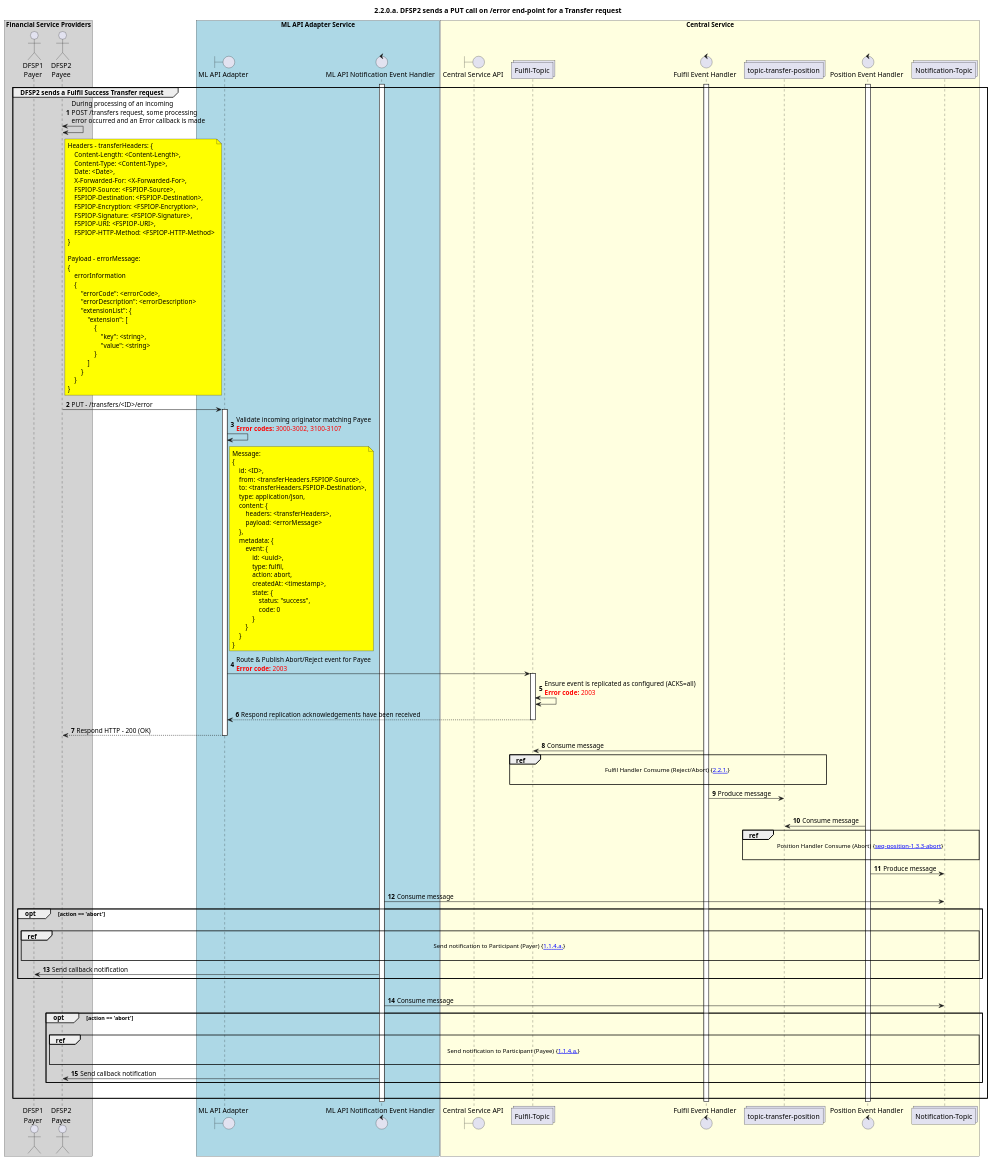
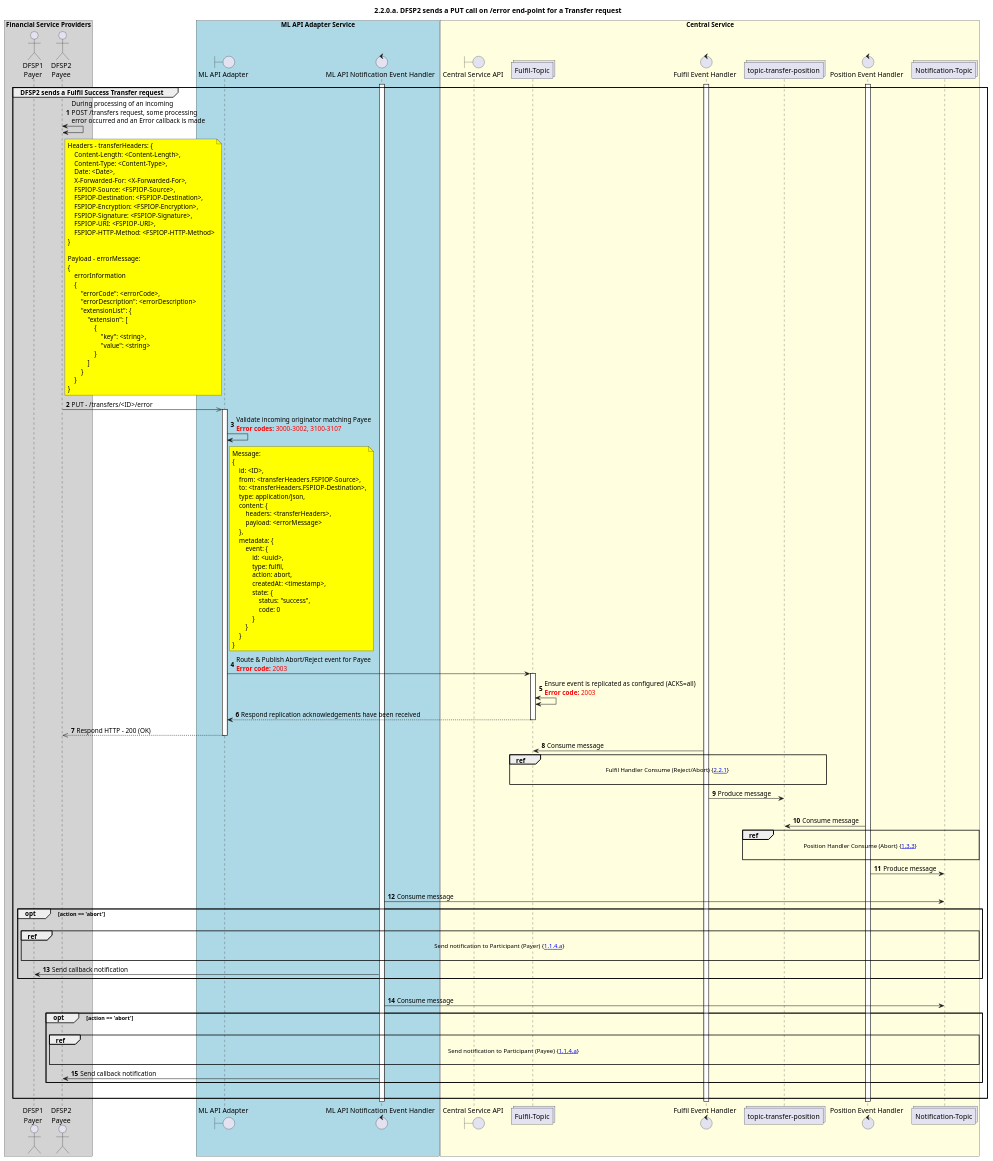
The diagram in Diagrams/SequenceDiagrams/seq-reject-2.2.0.a.plantuml (ggrg/docs), drawn with PlantUML before and after one commit. The commit also changed 43 other files, not shown here.

```diff
--- a/Diagrams/SequenceDiagrams/seq-reject-2.2.0.a.plantuml
+++ b/Diagrams/SequenceDiagrams/seq-reject-2.2.0.a.plantuml
@@ -25,142 +25,142 @@
 @startuml
 ' declate title
 title 2.2.0.a. DFSP2 sends a PUT call on /error end-point for a Transfer request
 
 autonumber
 ' Actor Keys:
 '   boundary - APIs/Interfaces, etc
 '   collections - Kafka Topics
 '   control - Kafka Consumers
 '   entity - Database Access Objects
 '   database - Database Persistance Store
 
 ' declare actors
 actor "DFSP1\nPayer" as DFSP1
 actor "DFSP2\nPayee" as DFSP2
 boundary "ML API Adapter" as MLAPI
 control "ML API Notification Event Handler" as NOTIFY_HANDLER
 boundary "Central Service API" as CSAPI
 collections "Fulfil-Topic" as TOPIC_FULFIL
 control "Fulfil Event Handler" as FULF_HANDLER
 collections "topic-transfer-position" as TOPIC_TRANSFER_POSITION
 control "Position Event Handler" as POS_HANDLER
 collections "Notification-Topic" as TOPIC_NOTIFICATIONS
 
 box "Financial Service Providers" #lightGray
 	participant DFSP1
 	participant DFSP2
 end box
 
 box "ML API Adapter Service" #LightBlue
 	participant MLAPI
 	participant NOTIFY_HANDLER
 end box
 
 box "Central Service" #LightYellow
     participant CSAPI
 	participant TOPIC_FULFIL
     participant FULF_HANDLER
     participant TOPIC_TRANSFER_POSITION
     participant POS_HANDLER
     participant TOPIC_NOTIFICATIONS
 end box
 
 ' start flow
 activate NOTIFY_HANDLER
 activate FULF_HANDLER
 activate POS_HANDLER
 group DFSP2 sends a Fulfil Success Transfer request
     DFSP2 <-> DFSP2: During processing of an incoming\nPOST /transfers request, some processing\nerror occurred and an Error callback is made
     note right of DFSP2 #yellow
         Headers - transferHeaders: {
             Content-Length: <Content-Length>,
             Content-Type: <Content-Type>,
             Date: <Date>,
             X-Forwarded-For: <X-Forwarded-For>,
             FSPIOP-Source: <FSPIOP-Source>,
             FSPIOP-Destination: <FSPIOP-Destination>,
             FSPIOP-Encryption: <FSPIOP-Encryption>,
             FSPIOP-Signature: <FSPIOP-Signature>,
             FSPIOP-URI: <FSPIOP-URI>,
             FSPIOP-HTTP-Method: <FSPIOP-HTTP-Method>
         }
 
         Payload - errorMessage:
         {
             errorInformation
             {
                 "errorCode": <errorCode>,
                 "errorDescription": <errorDescription>
                 "extensionList": {
                     "extension": [
                         {
                             "key": <string>,
                             "value": <string>
                         }
                     ]
                 }
             }
         }
     end note
-    DFSP2 -> MLAPI: PUT - /transfers/<ID>/error
+    DFSP2 ->> MLAPI: PUT - /transfers/<ID>/error
     activate MLAPI
     MLAPI -> MLAPI: Validate incoming originator matching Payee\n<color #FF0000><b>Error codes:</b> 3000-3002, 3100-3107</color>
     note right of MLAPI #yellow
         Message:
         {
             id: <ID>,
             from: <transferHeaders.FSPIOP-Source>,
             to: <transferHeaders.FSPIOP-Destination>,
             type: application/json,
             content: {
                 headers: <transferHeaders>,
                 payload: <errorMessage>
             },
             metadata: {
                 event: {
                     id: <uuid>,
                     type: fulfil,
                     action: abort,
                     createdAt: <timestamp>,
                     state: {
                         status: "success",
                         code: 0
                     }
                 }
             }
         }
     end note
     MLAPI -> TOPIC_FULFIL: Route & Publish Abort/Reject event for Payee\n<color #FF0000><b>Error code:</b> 2003</color>
     activate TOPIC_FULFIL
     TOPIC_FULFIL <-> TOPIC_FULFIL: Ensure event is replicated as configured (ACKS=all)\n<color #FF0000><b>Error code:</b> 2003</color>
     TOPIC_FULFIL --> MLAPI: Respond replication acknowledgements have been received
     deactivate TOPIC_FULFIL
-    MLAPI --> DFSP2: Respond HTTP - 200 (OK)
+    MLAPI -->> DFSP2: Respond HTTP - 200 (OK)
     deactivate MLAPI
     TOPIC_FULFIL <- FULF_HANDLER: Consume message
-    ref over TOPIC_FULFIL, TOPIC_TRANSFER_POSITION: Fulfil Handler Consume (Reject/Abort) {[[https://github.com/mojaloop/docs/blob/master/CentralServices/seq_diagrams/seq-reject-2.2.1.svg 2.2.1.]]} \n
+    ref over TOPIC_FULFIL, TOPIC_TRANSFER_POSITION: Fulfil Handler Consume (Reject/Abort) {[[https://github.com/mojaloop/docs/blob/master/Diagrams/SequenceDiagrams/seq-reject-2.2.1.svg 2.2.1]]} \n
     FULF_HANDLER -> TOPIC_TRANSFER_POSITION: Produce message
     |||
     TOPIC_TRANSFER_POSITION <- POS_HANDLER: Consume message
-    ref over TOPIC_TRANSFER_POSITION, TOPIC_NOTIFICATIONS:  Position Handler Consume (Abort) {[[https://github.com/mojaloop/docs/blob/master/CentralServices/seq_diagrams/seq-position-1.3.3-abort.svg seq-position-1.3.3-abort]]} \n
+    ref over TOPIC_TRANSFER_POSITION, TOPIC_NOTIFICATIONS:  Position Handler Consume (Abort) {[[https://github.com/mojaloop/docs/blob/master/Diagrams/SequenceDiagrams/seq-position-1.3.3-abort.svg 1.3.3]]} \n
     POS_HANDLER -> TOPIC_NOTIFICATIONS: Produce message
     |||
     TOPIC_NOTIFICATIONS <- NOTIFY_HANDLER: Consume message
     opt action == 'abort'
         |||
-        ref over DFSP1, TOPIC_NOTIFICATIONS: Send notification to Participant (Payer) {[[https://github.com/mojaloop/docs/blob/master/CentralServices/seq_diagrams/seq-prepare-1.1.4.a.svg 1.1.4.a.]]} \n
+        ref over DFSP1, TOPIC_NOTIFICATIONS: Send notification to Participant (Payer) {[[https://github.com/mojaloop/docs/blob/master/Diagrams/SequenceDiagrams/seq-prepare-1.1.4.a.svg 1.1.4.a]]} \n
         NOTIFY_HANDLER -> DFSP1: Send callback notification
     end
     |||
     TOPIC_NOTIFICATIONS <- NOTIFY_HANDLER: Consume message
     opt action == 'abort'
         |||
-        ref over DFSP2, TOPIC_NOTIFICATIONS: Send notification to Participant (Payee) {[[https://github.com/mojaloop/docs/blob/master/CentralServices/seq_diagrams/seq-prepare-1.1.4.a.svg 1.1.4.a.]]} \n
+        ref over DFSP2, TOPIC_NOTIFICATIONS: Send notification to Participant (Payee) {[[https://github.com/mojaloop/docs/blob/master/Diagrams/SequenceDiagrams/seq-prepare-1.1.4.a.svg 1.1.4.a]]} \n
         NOTIFY_HANDLER -> DFSP2: Send callback notification
     end
     |||
 end
 deactivate POS_HANDLER
 deactivate FULF_HANDLER
 deactivate NOTIFY_HANDLER
 @enduml
```
